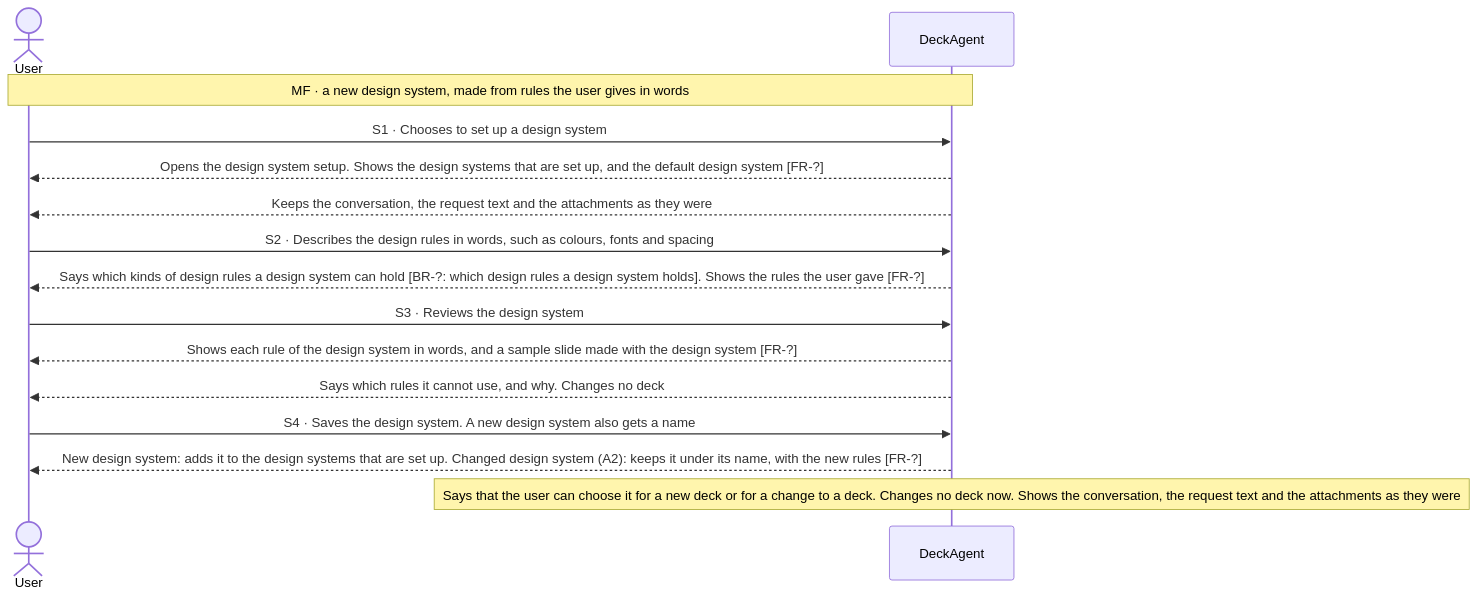
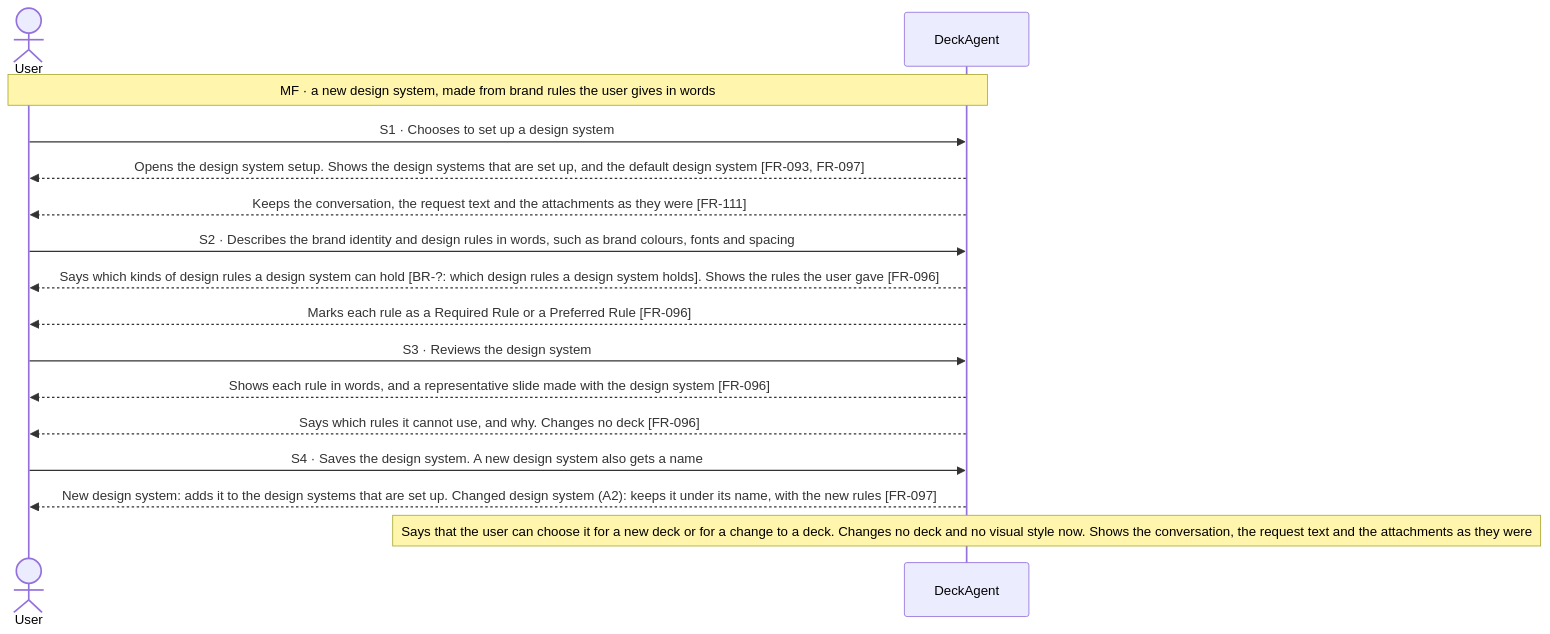
The first of 8 diagrams in docs/spec/03-use-cases/UC-010.md (Luke23127006/DeckAgent), drawn with Mermaid before and after one commit. The commit also changed other lines of this file and 31 other files, not shown here.

Commit message:
docs(spec): define independent design systems and visual styles

````diff
--- a/docs/spec/03-use-cases/UC-010.md
+++ b/docs/spec/03-use-cases/UC-010.md
@@ -41,17 +41,18 @@
 ```mermaid
 sequenceDiagram
     actor User
     participant DeckAgent
-    Note over User,DeckAgent: MF · a new design system, made from rules the user gives in words
+    Note over User,DeckAgent: MF · a new design system, made from brand rules the user gives in words
     User->>DeckAgent: S1 · Chooses to set up a design system
-    DeckAgent-->>User: Opens the design system setup. Shows the design systems that are set up, and the default design system [FR-?]
-    DeckAgent-->>User: Keeps the conversation, the request text and the attachments as they were
-    User->>DeckAgent: S2 · Describes the design rules in words, such as colours, fonts and spacing
-    DeckAgent-->>User: Says which kinds of design rules a design system can hold [BR-?: which design rules a design system holds]. Shows the rules the user gave [FR-?]
+    DeckAgent-->>User: Opens the design system setup. Shows the design systems that are set up, and the default design system [FR-093, FR-097]
+    DeckAgent-->>User: Keeps the conversation, the request text and the attachments as they were [FR-111]
+    User->>DeckAgent: S2 · Describes the brand identity and design rules in words, such as brand colours, fonts and spacing
+    DeckAgent-->>User: Says which kinds of design rules a design system can hold [BR-?: which design rules a design system holds]. Shows the rules the user gave [FR-096]
+    DeckAgent-->>User: Marks each rule as a Required Rule or a Preferred Rule [FR-096]
     User->>DeckAgent: S3 · Reviews the design system
-    DeckAgent-->>User: Shows each rule of the design system in words, and a sample slide made with the design system [FR-?]
-    DeckAgent-->>User: Says which rules it cannot use, and why. Changes no deck
+    DeckAgent-->>User: Shows each rule in words, and a representative slide made with the design system [FR-096]
+    DeckAgent-->>User: Says which rules it cannot use, and why. Changes no deck [FR-096]
     User->>DeckAgent: S4 · Saves the design system. A new design system also gets a name
-    DeckAgent-->>User: New design system: adds it to the design systems that are set up. Changed design system (A2): keeps it under its name, with the new rules [FR-?]
-    note over DeckAgent: Says that the user can choose it for a new deck or for a change to a deck. Changes no deck now. Shows the conversation, the request text and the attachments as they were
+    DeckAgent-->>User: New design system: adds it to the design systems that are set up. Changed design system (A2): keeps it under its name, with the new rules [FR-097]
+    note over DeckAgent: Says that the user can choose it for a new deck or for a change to a deck. Changes no deck and no visual style now. Shows the conversation, the request text and the attachments as they were
 ```
````
